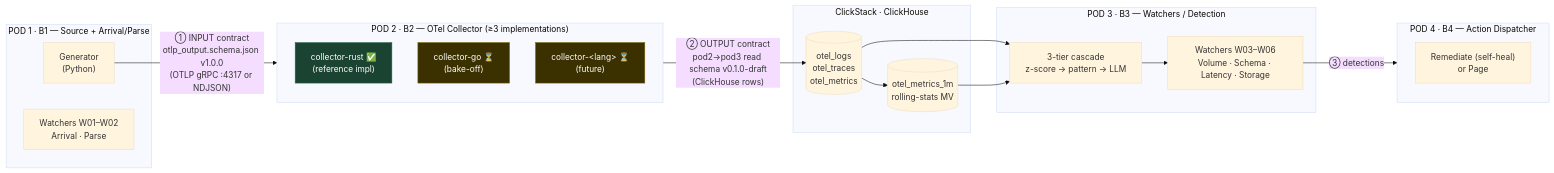
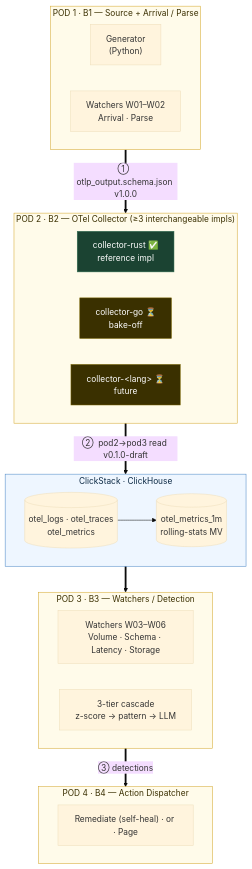
One commit to luanmorenommaciel/sentinel changed the diagram in README.md. Above: the diagram before and after it, drawn with Mermaid (base theme).

Commit message:
docs(readme): top-down architecture diagram for readability
Reorient the System architecture Mermaid from LR to TB so each Pod is a
full-width band stacked top-to-bottom. Collapse the long multi-line edge
labels to short numbered contract hops (the full Receive/Process/Deliver
detail already lives in the table below), thicken cross-Pod boundary
arrows, and add band color-coding (Pods amber, ClickStack blue).

````diff
--- a/README.md
+++ b/README.md
@@ -14,41 +14,46 @@
 ```mermaid
-flowchart LR
-    subgraph POD1["POD 1 · B1 — Source + Arrival/Parse"]
+flowchart TB
+    subgraph POD1["POD 1 · B1 — Source + Arrival / Parse"]
+        direction LR
         GEN["Generator<br/>(Python)"]
         W12["Watchers W01–W02<br/>Arrival · Parse"]
     end
 
-    subgraph POD2["POD 2 · B2 — OTel Collector  (≥3 implementations)"]
-        direction TB
-        CRUST["collector-rust ✅<br/>(reference impl)"]
-        CGO["collector-go ⏳<br/>(bake-off)"]
-        C3["collector-&lt;lang&gt; ⏳<br/>(future)"]
+    subgraph POD2["POD 2 · B2 — OTel Collector  (≥3 interchangeable impls)"]
+        direction LR
+        CRUST["collector-rust ✅<br/>reference impl"]
+        CGO["collector-go ⏳<br/>bake-off"]
+        C3["collector-&lt;lang&gt; ⏳<br/>future"]
     end
 
     subgraph STORE["ClickStack · ClickHouse"]
-        RAW[("otel_logs<br/>otel_traces<br/>otel_metrics")]
+        direction LR
+        RAW[("otel_logs · otel_traces<br/>otel_metrics")]
         MV[("otel_metrics_1m<br/>rolling-stats MV")]
+        RAW --> MV
     end
 
     subgraph POD3["POD 3 · B3 — Watchers / Detection"]
+        direction LR
         W36["Watchers W03–W06<br/>Volume · Schema · Latency · Storage"]
         CASCADE["3-tier cascade<br/>z-score → pattern → LLM"]
     end
 
     subgraph POD4["POD 4 · B4 — Action Dispatcher"]
-        ACT["Remediate (self-heal)<br/>or Page"]
+        ACT["Remediate (self-heal) · or · Page"]
     end
 
-    GEN -->|"① INPUT contract<br/>otlp_output.schema.json v1.0.0<br/>(OTLP gRPC :4317 or NDJSON)"| POD2
-    POD2 -->|"② OUTPUT contract<br/>pod2→pod3 read schema v0.1.0-draft<br/>(ClickHouse rows)"| RAW
-    RAW --> MV
-    RAW --> CASCADE
-    MV --> CASCADE
-    CASCADE --> W36
-    W36 -->|"③ detections"| POD4
+    POD1 == "①  otlp_output.schema.json v1.0.0" ==> POD2
+    POD2 == "②  pod2→pod3 read v0.1.0-draft" ==> STORE
+    STORE ==> POD3
+    POD3 == "③  detections" ==> POD4
 
+    classDef pod fill:#fffbea,stroke:#d4a72c,color:#3a2f00;
+    classDef store fill:#eef6ff,stroke:#4a86c5,color:#0d2a45;
     classDef done fill:#1b4332,stroke:#2d6a4f,color:#fff;
     classDef wip fill:#3a3000,stroke:#7a6500,color:#fff;
+    class POD1,POD2,POD3,POD4 pod;
+    class STORE store;
     class CRUST done;
     class CGO,C3 wip;
 ```
````
